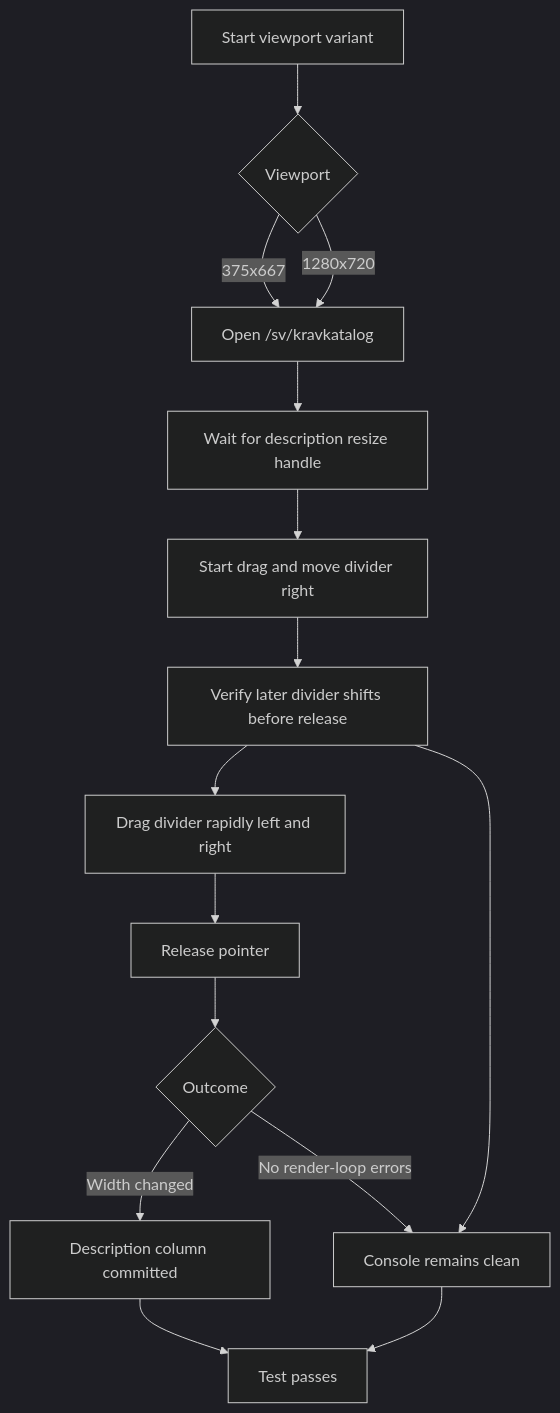
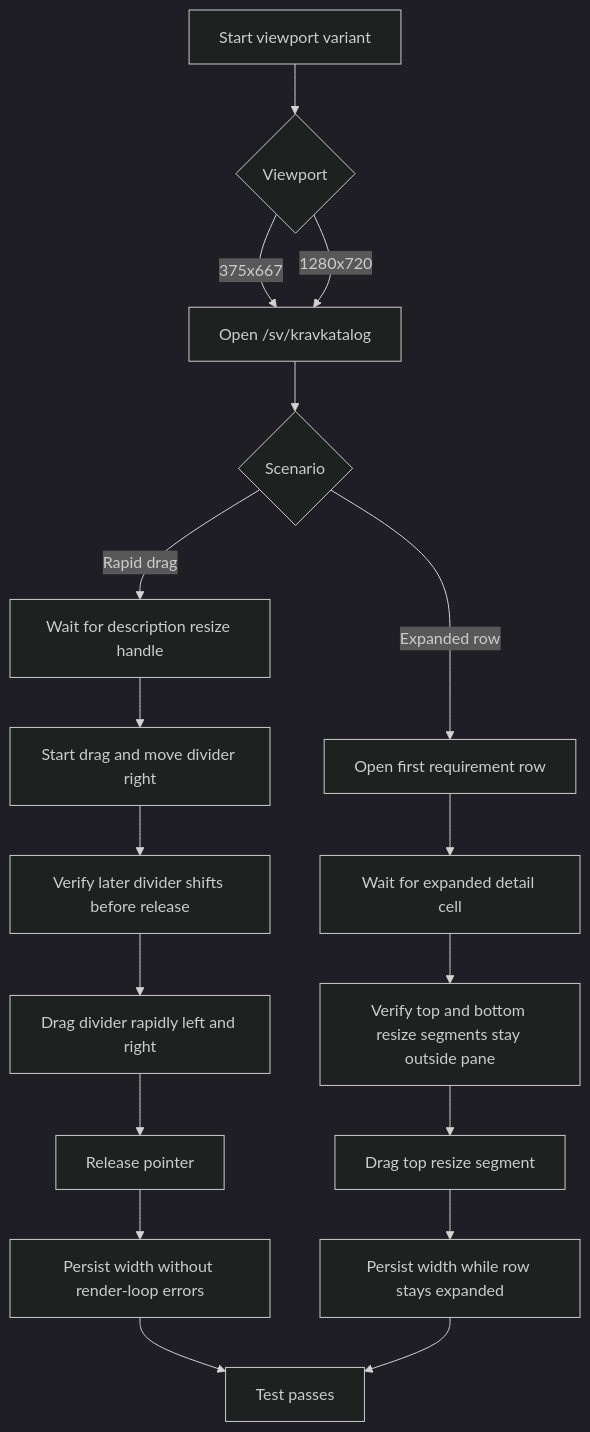
Before and after one commit to viscalyx/Kravhantering: the first of 3 diagrams in tests/integration/requirements-table-resize.md, drawn with Mermaid (dark theme). The commit also changed other lines of this file and 3 other files, not shown here.

Commit message:
refactor: implement column resizing functionality with expanded detail pane support in RequirementsTable

````diff
--- a/tests/integration/requirements-table-resize.md
+++ b/tests/integration/requirements-table-resize.md
@@ -29,17 +32,20 @@
 ```mermaid
 flowchart TD
     A[Start viewport variant] --> B{Viewport}
     B -- 375x667 --> C[Open /sv/kravkatalog]
     B -- 1280x720 --> C
-    C --> D[Wait for description resize handle]
-    D --> E[Start drag and move divider right]
-    E --> F[Verify later divider shifts before release]
-    F --> G[Drag divider rapidly left and right]
-    G --> H[Release pointer]
-    H --> I{Outcome}
-    I -- Width changed --> J[Description column committed]
-    I -- No render-loop errors --> K[Console remains clean]
-    F --> K
-    J --> L[Test passes]
-    K --> L
+    C --> D{Scenario}
+    D -- Rapid drag --> E[Wait for description resize handle]
+    E --> F[Start drag and move divider right]
+    F --> G[Verify later divider shifts before release]
+    G --> H[Drag divider rapidly left and right]
+    H --> I[Release pointer]
+    I --> J[Persist width without render-loop errors]
+    D -- Expanded row --> K[Open first requirement row]
+    K --> L[Wait for expanded detail cell]
+    L --> M[Verify top and bottom resize segments stay outside pane]
+    M --> N[Drag top resize segment]
+    N --> O[Persist width while row stays expanded]
+    J --> P[Test passes]
+    O --> P
 ```
````
